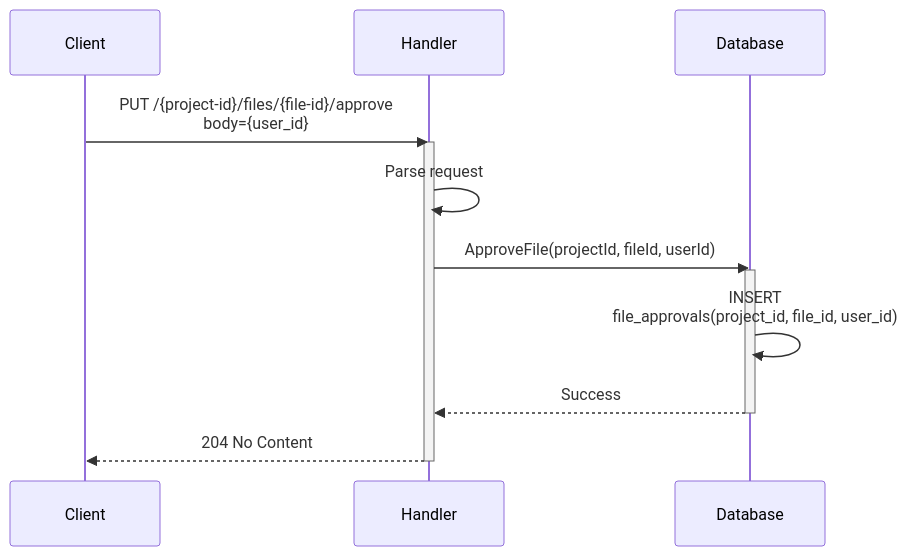
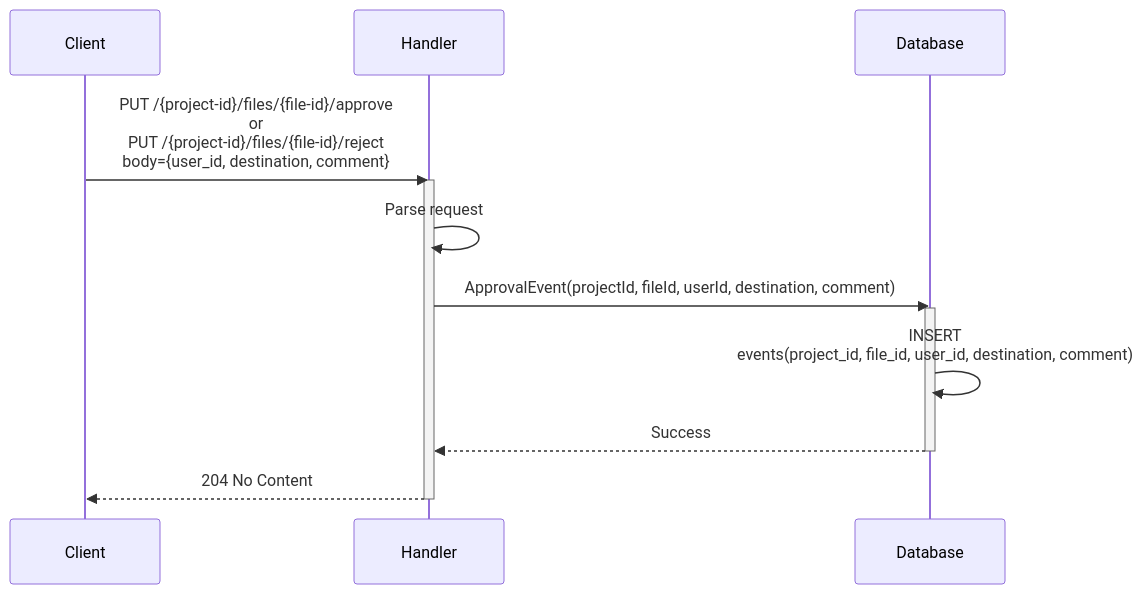
One commit to ucl-arc-tre/egress changed the second of 4 diagrams in docs/design/operations.md. Above: the diagram before and after it, drawn with Mermaid. The commit also changed other lines of this file and 29 other files, not shown here.

First line of the commit message:
Audit trail, /reject endpoint and comment fields (#68)

````diff
--- a/docs/design/operations.md
+++ b/docs/design/operations.md
@@ -67,20 +74,20 @@
 ```mermaid
 sequenceDiagram
     participant Client
     participant Handler
     participant Database
 
-    Client->>Handler: PUT /{project-id}/files/{file-id}/approve<br/>body={user_id}
+    Client->>Handler: PUT /{project-id}/files/{file-id}/approve<br>or<br>PUT /{project-id}/files/{file-id}/reject<br/>body={user_id, destination, comment}
 
     activate Handler
     Handler->>Handler: Parse request
 
-    Handler->>Database: ApproveFile(projectId, fileId, userId)
+    Handler->>Database: ApprovalEvent(projectId, fileId, userId, destination, comment)
     activate Database
-    Database->>Database: INSERT <br/>file_approvals(project_id, file_id, user_id)
+    Database->>Database: INSERT <br/>events(project_id, file_id, user_id, destination, comment)
     Database-->>Handler: Success
     deactivate Database
 
     Handler-->>Client: 204 No Content
     deactivate Handler
 ```
````
